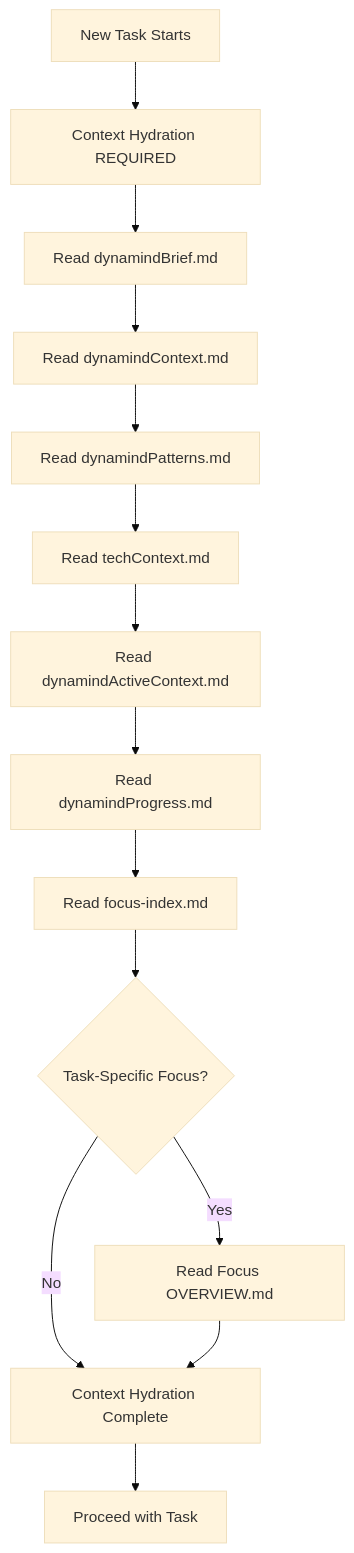
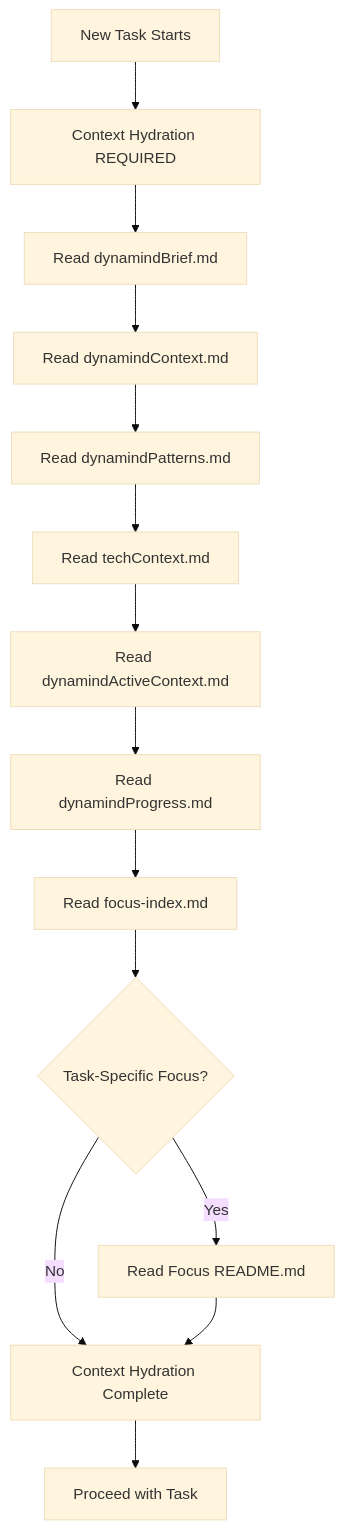
The second of 2 diagrams in dynamind.md (neilsone/dynamind), drawn with Mermaid (base theme) before and after one commit. The commit also changed other lines of this file and 2 other files, not shown here.

First line of the commit message:
docs(dynamind): rename OVERVIEW.md to README.md in focus structure

````diff
--- a/dynamind.md
+++ b/dynamind.md
@@ -58,16 +58,16 @@
 ```mermaid
 flowchart TD
     Start[New Task Starts] --> Hydrate[Context Hydration REQUIRED]
     Hydrate --> Read1[Read dynamindBrief.md]
     Read1 --> Read2[Read dynamindContext.md]
     Read2 --> Read3[Read dynamindPatterns.md]
     Read3 --> Read4[Read techContext.md]
     Read4 --> Read5[Read dynamindActiveContext.md]
     Read5 --> Read6[Read dynamindProgress.md]
     Read6 --> Read7[Read focus-index.md]
     Read7 --> Read8{Task-Specific Focus?}
-    Read8 -->|Yes| Read9[Read Focus OVERVIEW.md]
+    Read8 -->|Yes| Read9[Read Focus README.md]
     Read8 -->|No| Complete[Context Hydration Complete]
     Read9 --> Complete
     Complete --> Proceed[Proceed with Task]
 ```
````
